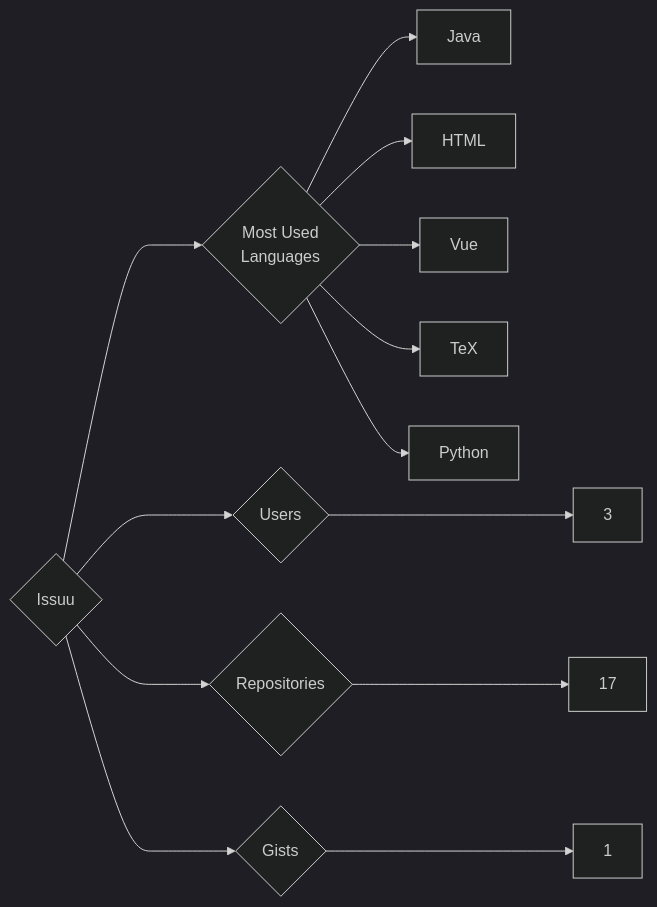
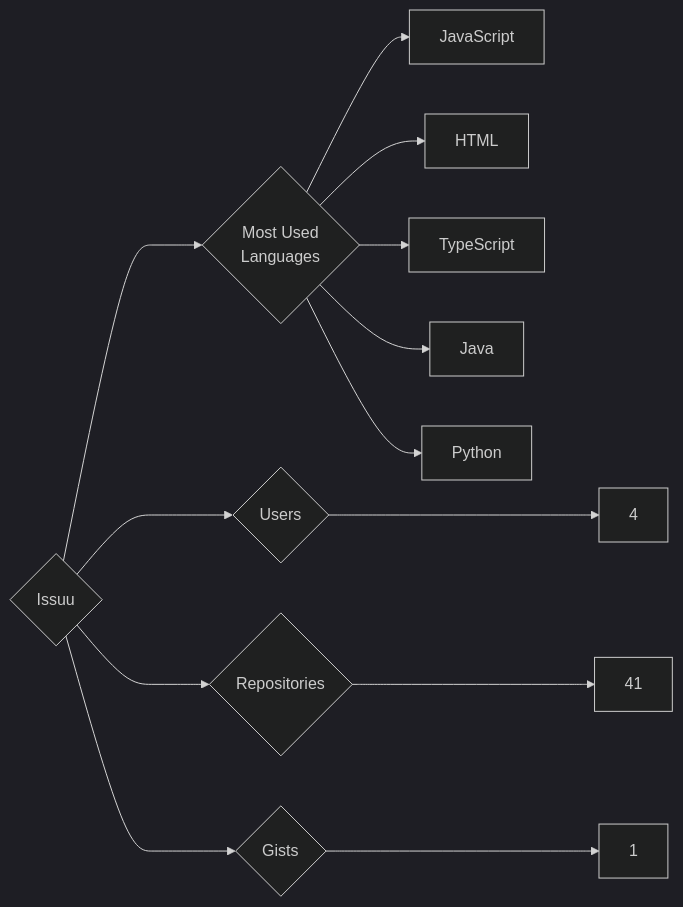
The diagram in targets/Issuu/README.md (trickest/insiders), drawn with Mermaid (dark theme) before and after one commit. The commit also changed 912 other files, not shown here.

````diff
--- a/targets/Issuu/README.md
+++ b/targets/Issuu/README.md
@@ -3,13 +3,13 @@
 ```mermaid
 graph LR
 COMPANY_NAME{Issuu}
-COMPANY_NAME ---> U{Users} ---> UN[3]
-COMPANY_NAME ---> R{Repositories} ---> RN[17]
+COMPANY_NAME ---> U{Users} ---> UN[4]
+COMPANY_NAME ---> R{Repositories} ---> RN[41]
 COMPANY_NAME ---> G{Gists} ---> GN[1]
 COMPANY_NAME ---> ML{Most Used<br>Languages}
+ML --> JavaScript[JavaScript]
+ML --> HTML[HTML]
+ML --> TypeScript[TypeScript]
 ML --> Java[Java]
-ML --> HTML[HTML]
-ML --> Vue[Vue]
-ML --> TeX[TeX]
 ML --> Python[Python]
 ```
````
